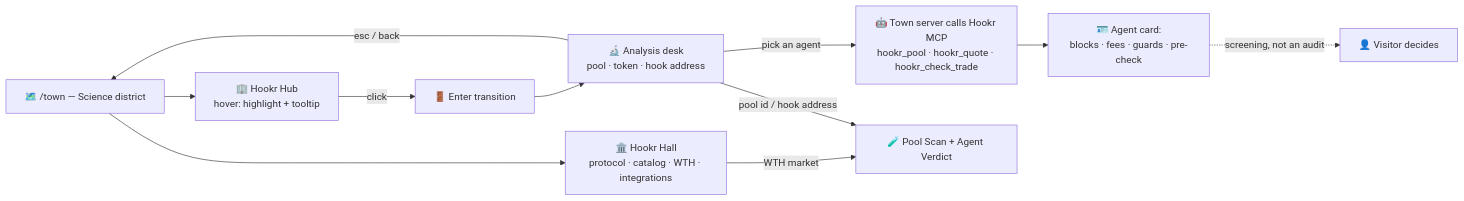
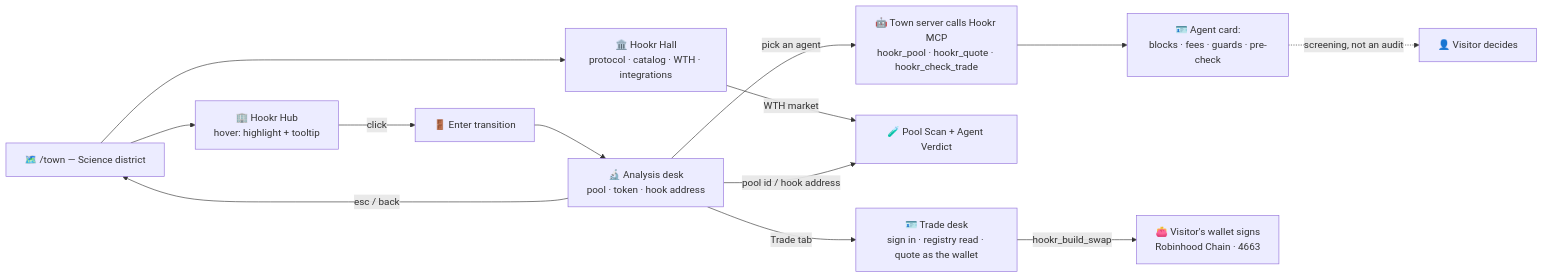
The diagram in [RnDAC]-Hookr_Integration.md (agentcitylabs/research), drawn with Mermaid before and after one commit. The commit also changed other lines of this file and 1 other file, not shown here.

First line of the commit message:
feat: Agent gate Trade desk in [RnDAC] Hookr Integration

````diff
--- a/[RnDAC]-Hookr_Integration.md
+++ b/[RnDAC]-Hookr_Integration.md
@@ -201,13 +288,15 @@
 ```mermaid
 flowchart LR
     A["🗺️ /town — Science district"] --> B["🏢 Hookr Hub<br/>hover: highlight + tooltip"]
     B -->|click| C["🚪 Enter transition"]
     C --> D["🔬 Analysis desk<br/>pool · token · hook address"]
     D -->|pick an agent| E["🤖 Town server calls Hookr MCP<br/>hookr_pool · hookr_quote · hookr_check_trade"]
     E --> F["🪪 Agent card:<br/>blocks · fees · guards · pre-check"]
     F -. "screening, not an audit" .-> G["👤 Visitor decides"]
     D -->|esc / back| A
     A --> H["🏛️ Hookr Hall<br/>protocol · catalog · WTH · integrations"]
     H -->|WTH market| S["🧪 Pool Scan + Agent Verdict"]
     D -->|pool id / hook address| S
+    D -->|Trade tab| T["🪪 Trade desk<br/>sign in · registry read · quote as the wallet"]
+    T -->|hookr_build_swap| W["👛 Visitor's wallet signs<br/>Robinhood Chain · 4663"]
 ```
````
